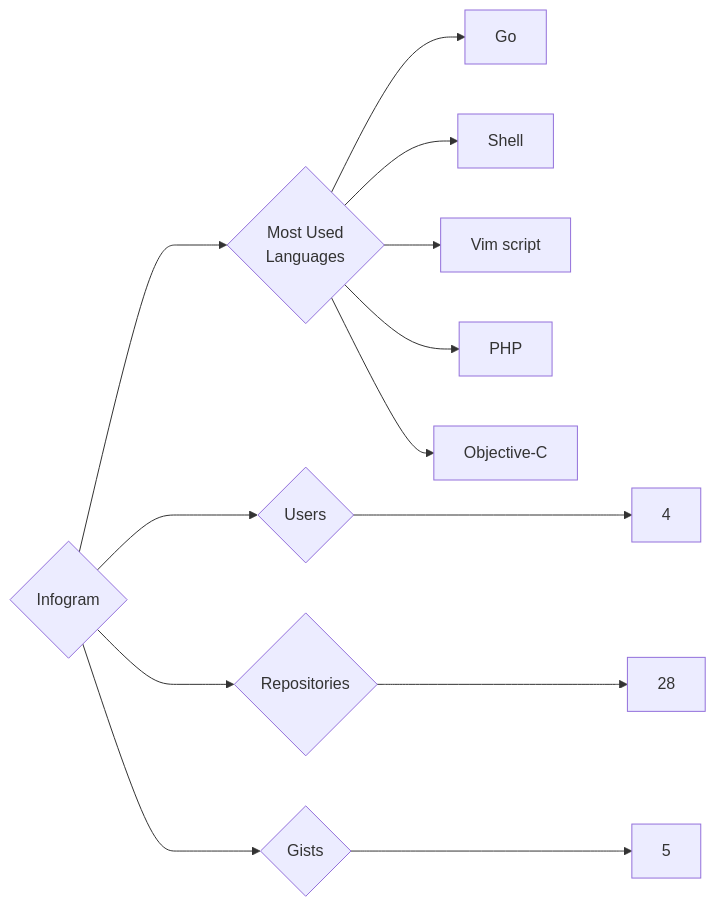
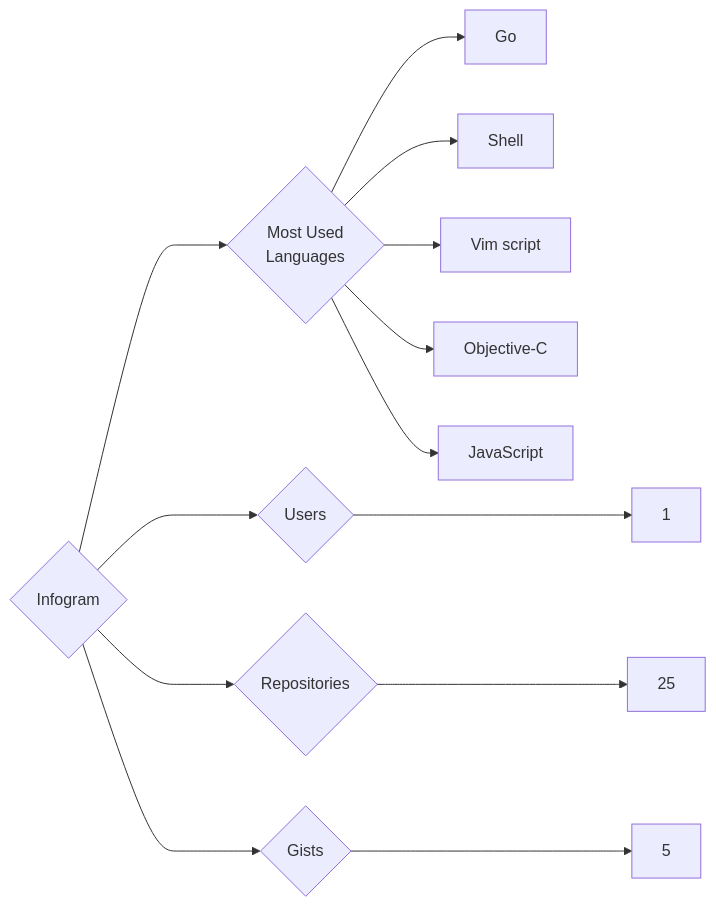
Before and after one commit to trickest/insiders: the diagram in targets/Infogram/README.md, drawn with Mermaid. The commit also changed 826 other files, not shown here.

````diff
--- a/targets/Infogram/README.md
+++ b/targets/Infogram/README.md
@@ -3,13 +3,13 @@
 ```mermaid
 graph LR
 COMPANY_NAME{Infogram}
-COMPANY_NAME ---> U{Users} ---> UN[4]
-COMPANY_NAME ---> R{Repositories} ---> RN[28]
+COMPANY_NAME ---> U{Users} ---> UN[1]
+COMPANY_NAME ---> R{Repositories} ---> RN[25]
 COMPANY_NAME ---> G{Gists} ---> GN[5]
 COMPANY_NAME ---> ML{Most Used<br>Languages}
 ML --> Go[Go]
 ML --> Shell[Shell]
 ML --> Vim_script[Vim script]
-ML --> PHP[PHP]
 ML --> Objective-C[Objective-C]
+ML --> JavaScript[JavaScript]
 ```
````
